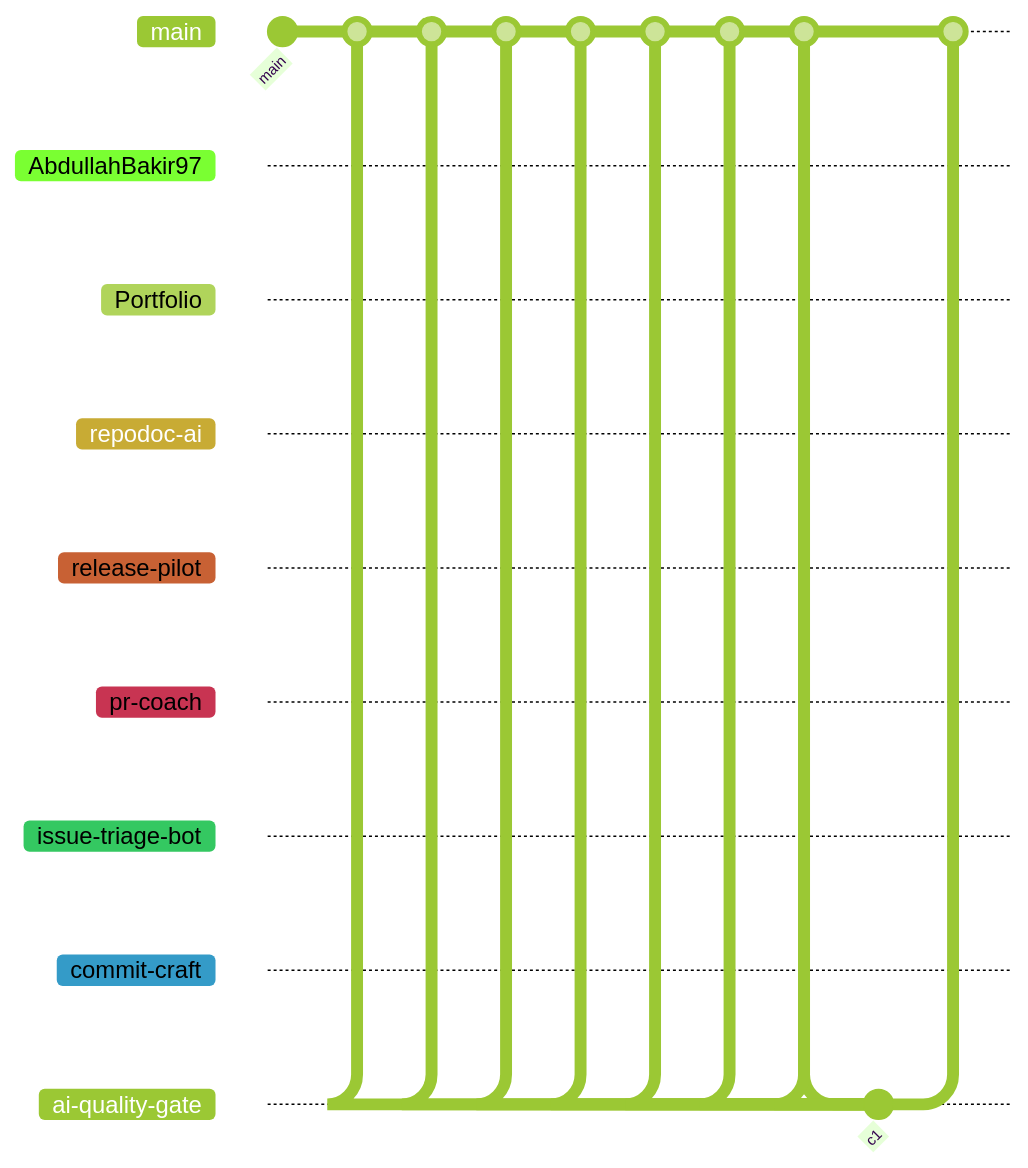
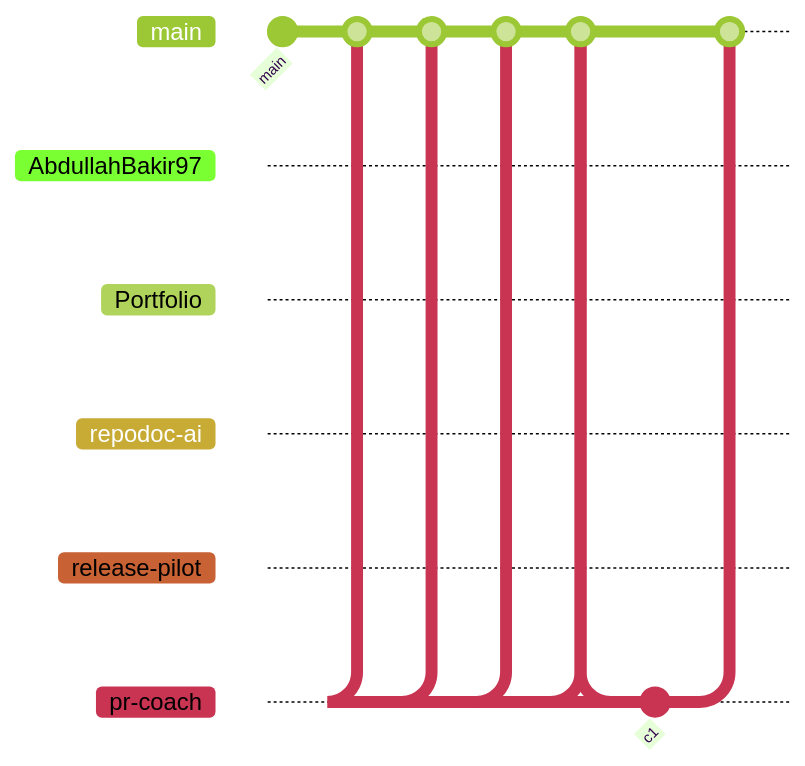
The diagram in README.md (AbdullahBakir97/AbdullahBakir97), drawn with Mermaid (forest theme) before and after one commit. The commit also changed other lines of this file and 4 other files, not shown here.

````diff
--- a/README.md
+++ b/README.md
@@ -338,44 +338,29 @@
 ```mermaid
 gitGraph
    commit id: "main"
    branch AbdullahBakir97
    checkout AbdullahBakir97
    commit id: "c1"
    checkout main
    merge AbdullahBakir97
    branch Portfolio
    checkout Portfolio
    commit id: "c1"
    checkout main
    merge Portfolio
    branch repodoc-ai
    checkout repodoc-ai
    commit id: "c1"
    checkout main
    merge repodoc-ai
    branch release-pilot
    checkout release-pilot
    commit id: "c1"
    checkout main
    merge release-pilot
    branch pr-coach
    checkout pr-coach
    commit id: "c1"
    checkout main
    merge pr-coach
-   branch issue-triage-bot
-   checkout issue-triage-bot
-   commit id: "c1"
-   checkout main
-   merge issue-triage-bot
-   branch commit-craft
-   checkout commit-craft
-   commit id: "c1"
-   checkout main
-   merge commit-craft
-   branch ai-quality-gate
-   checkout ai-quality-gate
-   commit id: "c1"
-   checkout main
-   merge ai-quality-gate
 ```
````
